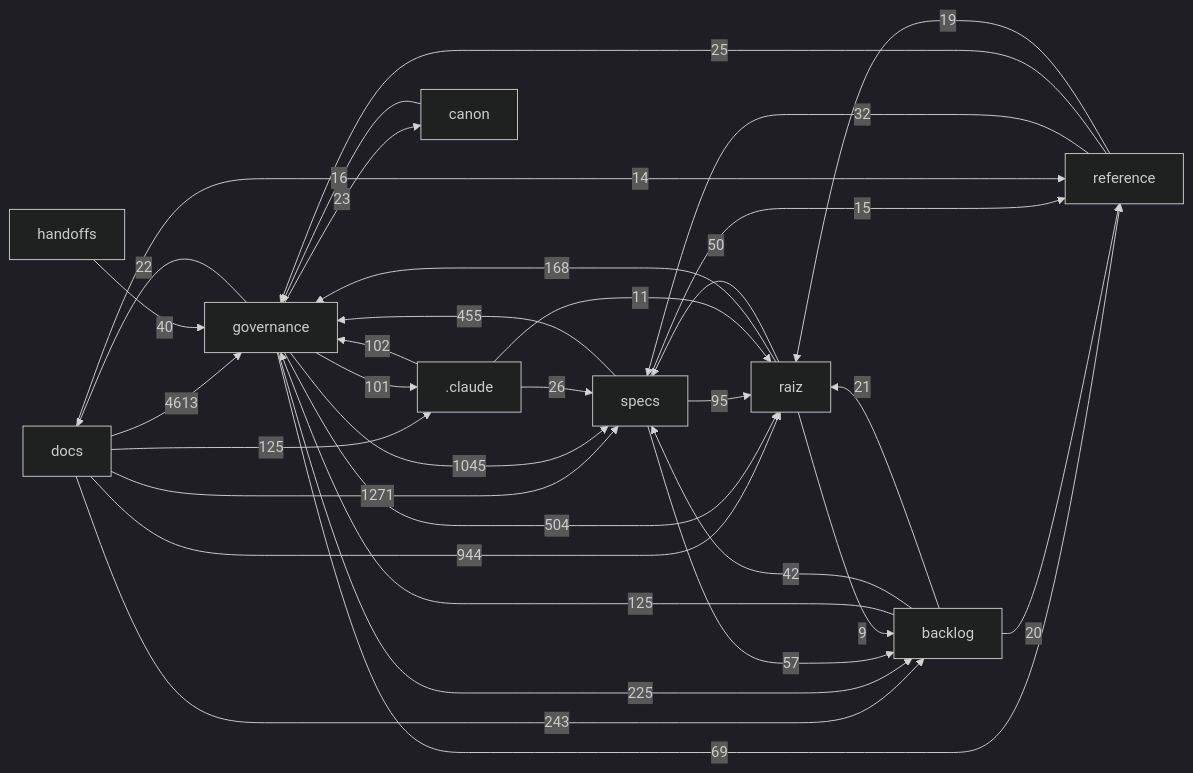
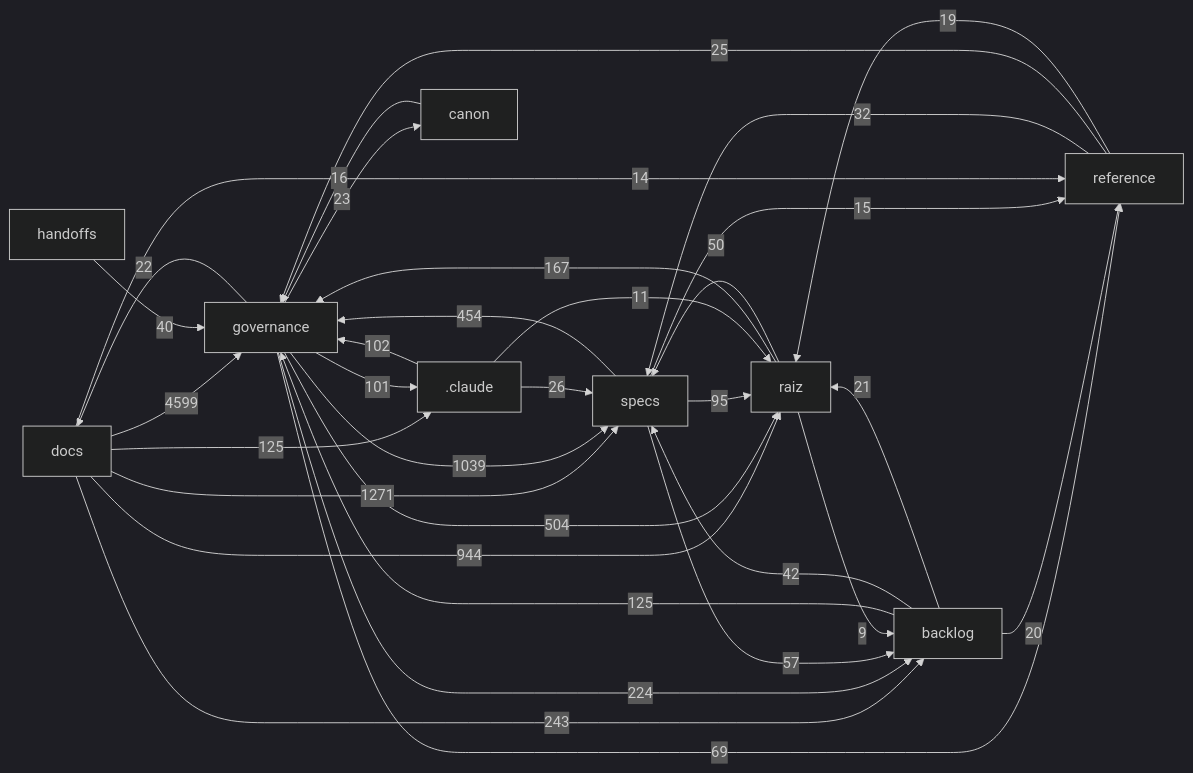
One commit to Andraus35/Sistema-Operacional-de-Trading--SOT changed the diagram in docs/mapa/MAPA-PROJETO.md. Above: the diagram before and after it, drawn with Mermaid (dark theme). The commit also changed other lines of this file and 2 other files, not shown here.

````diff
--- a/docs/mapa/MAPA-PROJETO.md
+++ b/docs/mapa/MAPA-PROJETO.md
@@ -30,35 +30,35 @@
 ```mermaid
 flowchart LR
-  docs["docs"] -->|4613| governance["governance"]
+  docs["docs"] -->|4599| governance["governance"]
   docs["docs"] -->|1271| specs["specs"]
-  governance["governance"] -->|1045| specs["specs"]
+  governance["governance"] -->|1039| specs["specs"]
   docs["docs"] -->|944| raiz["raiz"]
   governance["governance"] -->|504| raiz["raiz"]
-  specs["specs"] -->|455| governance["governance"]
+  specs["specs"] -->|454| governance["governance"]
   docs["docs"] -->|243| backlog["backlog"]
-  governance["governance"] -->|225| backlog["backlog"]
-  raiz["raiz"] -->|168| governance["governance"]
+  governance["governance"] -->|224| backlog["backlog"]
+  raiz["raiz"] -->|167| governance["governance"]
   backlog["backlog"] -->|125| governance["governance"]
   docs["docs"] -->|125| _claude[".claude"]
   _claude[".claude"] -->|102| governance["governance"]
   governance["governance"] -->|101| _claude[".claude"]
   specs["specs"] -->|95| raiz["raiz"]
   governance["governance"] -->|69| reference["reference"]
   specs["specs"] -->|57| backlog["backlog"]
   raiz["raiz"] -->|50| specs["specs"]
   backlog["backlog"] -->|42| specs["specs"]
   handoffs["handoffs"] -->|40| governance["governance"]
   reference["reference"] -->|32| specs["specs"]
   _claude[".claude"] -->|26| specs["specs"]
   reference["reference"] -->|25| governance["governance"]
   governance["governance"] -->|23| canon["canon"]
   governance["governance"] -->|22| docs["docs"]
   backlog["backlog"] -->|21| raiz["raiz"]
   backlog["backlog"] -->|20| reference["reference"]
   reference["reference"] -->|19| raiz["raiz"]
   canon["canon"] -->|16| governance["governance"]
   specs["specs"] -->|15| reference["reference"]
   docs["docs"] -->|14| reference["reference"]
   _claude[".claude"] -->|11| raiz["raiz"]
   raiz["raiz"] -->|9| backlog["backlog"]
 ```
````
